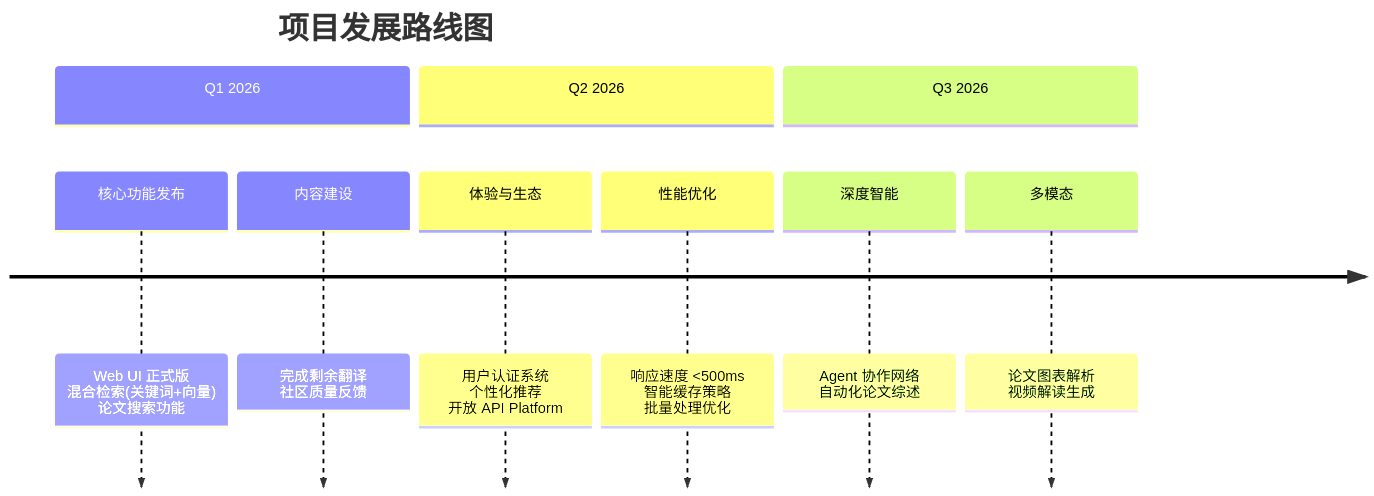
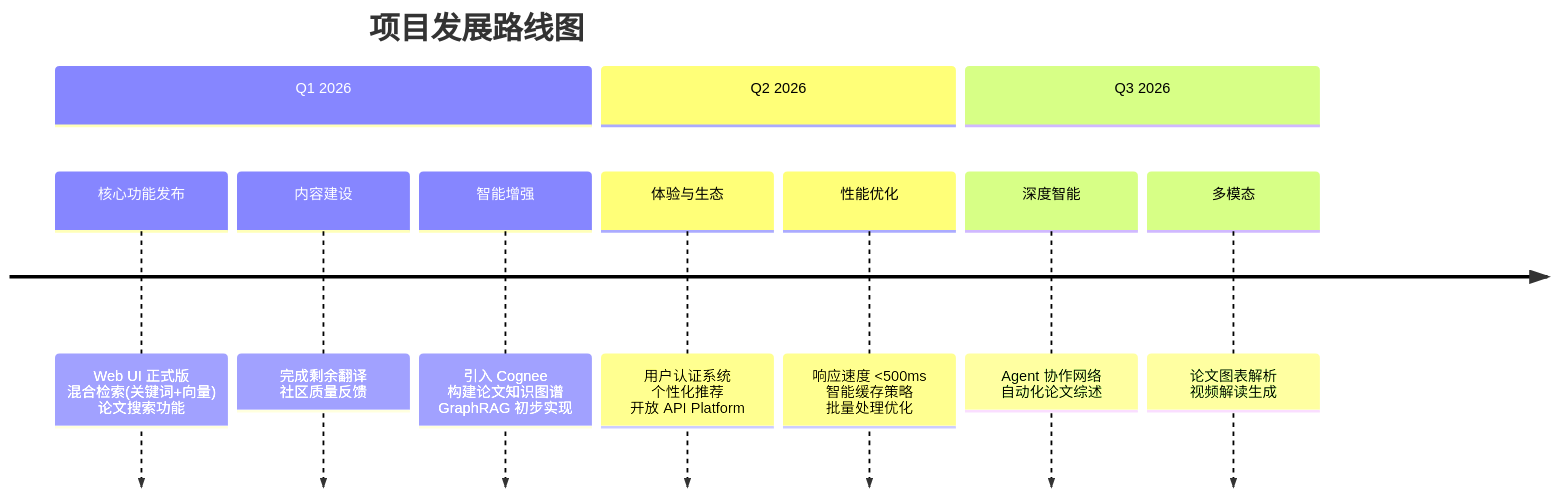
The fourth of 6 diagrams in docs/000-roadmap.md (ThreeFish-AI/agentic-ai-cognizes), drawn with Mermaid before and after one commit. The commit also changed other lines of this file and 2 other files, not shown here.

First line of the commit message:
docs(Cognee): 添加 Cognee 集成方案和调研文档;

````diff
--- a/docs/000-roadmap.md
+++ b/docs/000-roadmap.md
@@ -139,13 +144,14 @@
 ```mermaid
 timeline
     title 项目发展路线图
     section Q1 2026
         核心功能发布 : Web UI 正式版<br>混合检索(关键词+向量)<br>论文搜索功能
         内容建设 : 完成剩余翻译<br>社区质量反馈
+        智能增强 : 引入 Cognee 构建论文知识图谱<br>GraphRAG 初步实现
     section Q2 2026
         体验与生态 : 用户认证系统<br>个性化推荐<br>开放 API Platform
         性能优化 : 响应速度 <500ms<br>智能缓存策略<br>批量处理优化
     section Q3 2026
         深度智能 : Agent 协作网络<br>自动化论文综述
         多模态 : 论文图表解析<br>视频解读生成
 ```
````
